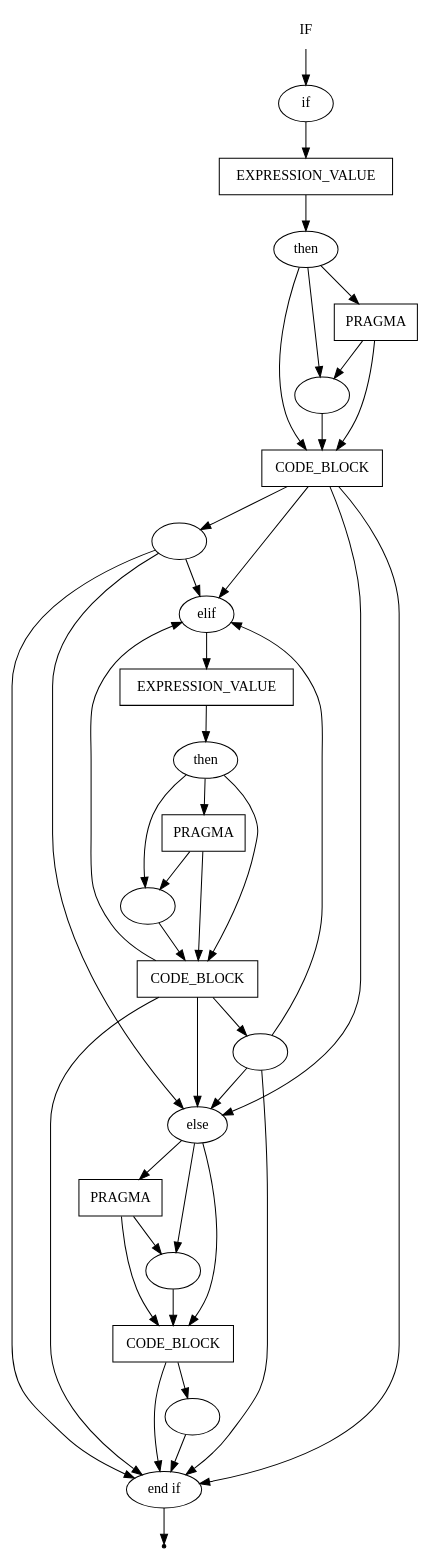
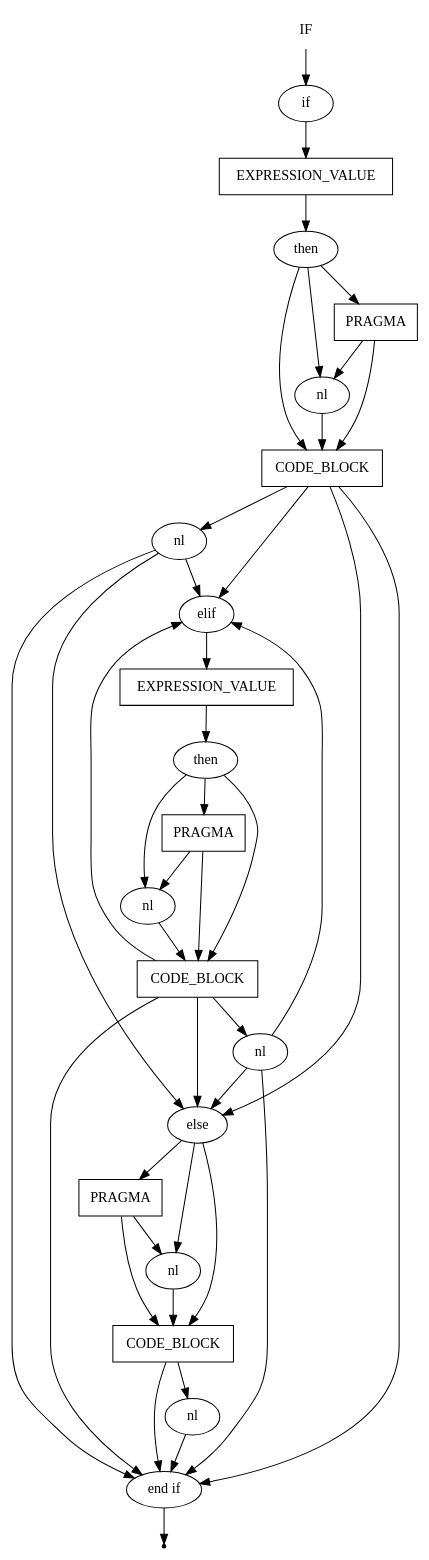
The diagram in pseudocode/if.gv (ayu-f/DSL_Pseudocode), drawn with Graphviz before and after one commit. The commit also changed 71 other files, not shown here.

```diff
--- a/pseudocode/if.gv
+++ b/pseudocode/if.gv
@@ -1,65 +1,65 @@
 digraph IF {
     start [label=IF shape=plaintext]
     key_if [label="if" shape=oval]
     key_elif [label="elif" shape=oval]
     key_else [label="else" shape=oval]
     key_end_if [label="end if" shape=oval]
     key_then_1 [label="then" shape=oval]
     key_then_2 [label="then" shape=oval]
-    nl_1 [label="\n" shape=oval]
-    nl_2 [label="\n" shape=oval]
-    nl_3 [label="\n" shape=oval]
-    nl_4 [label="\n" shape=oval]
-    nl_5 [label="\n" shape=oval]
-    nl_6 [label="\n" shape=oval]
+    nl_1 [label="nl" shape=oval]
+    nl_2 [label="nl" shape=oval]
+    nl_3 [label="nl" shape=oval]
+    nl_4 [label="nl" shape=oval]
+    nl_5 [label="nl" shape=oval]
+    nl_6 [label="nl" shape=oval]
     pragma_1 [label=PRAGMA shape=box]
     pragma_2 [label=PRAGMA shape=box]
     pragma_3 [label=PRAGMA shape=box]
     expression_value_1 [label=EXPRESSION_VALUE shape=box]
     expression_value_2 [label=EXPRESSION_VALUE shape=box]
     code_block_1 [label=CODE_BLOCK shape=box]
     code_block_2 [label=CODE_BLOCK shape=box]
     code_block_3 [label=CODE_BLOCK shape=box]
     end [label="" shape=point]
     start -> key_if
     key_if -> expression_value_1
     expression_value_1 -> key_then_1
     key_then_1 -> pragma_1
     key_then_1 -> nl_1
     key_then_1 -> code_block_1
     pragma_1 -> nl_1
     pragma_1 -> code_block_1
     nl_1 -> code_block_1
     code_block_1 -> nl_2
     code_block_1 -> key_elif
     code_block_1 -> key_else
     code_block_1 -> key_end_if
     nl_2 -> key_elif
     nl_2 -> key_else
     nl_2 -> key_end_if
     key_elif -> expression_value_2
     expression_value_2 -> key_then_2
     key_then_2 -> pragma_2
     key_then_2 -> nl_3
     key_then_2 -> code_block_2
     pragma_2 -> nl_3
     pragma_2 -> code_block_2
     nl_3 -> code_block_2
     code_block_2 -> nl_4
     code_block_2 -> key_elif
     code_block_2 -> key_else
     code_block_2 -> key_end_if
     nl_4 -> key_elif
     nl_4 -> key_else
     nl_4 -> key_end_if
     key_else -> pragma_3
     key_else -> nl_5
     key_else -> code_block_3
     pragma_3 -> nl_5
     pragma_3 -> code_block_3
     nl_5 -> code_block_3
     code_block_3 -> nl_6
     code_block_3 -> key_end_if
     nl_6 -> key_end_if
     key_end_if -> end
 }
```
